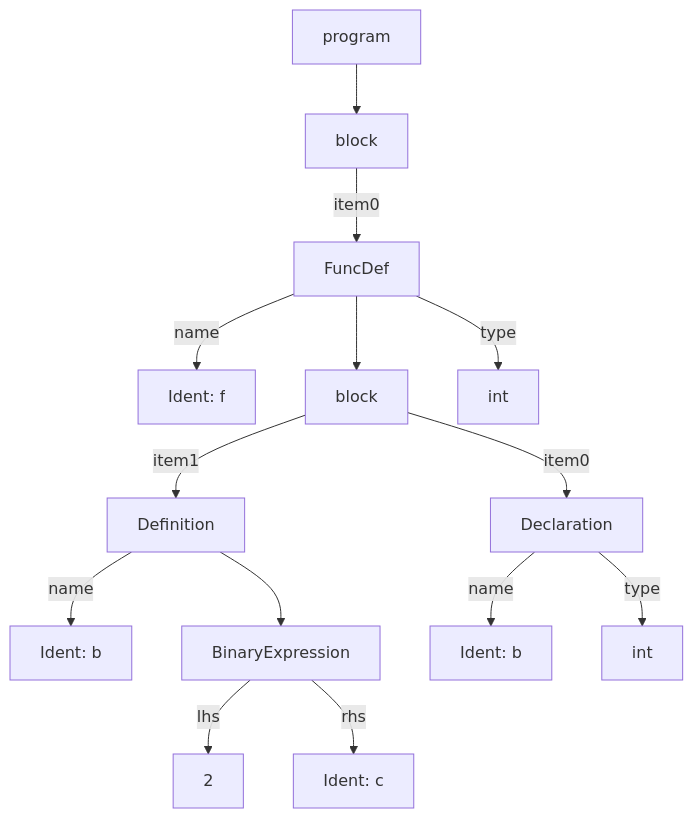
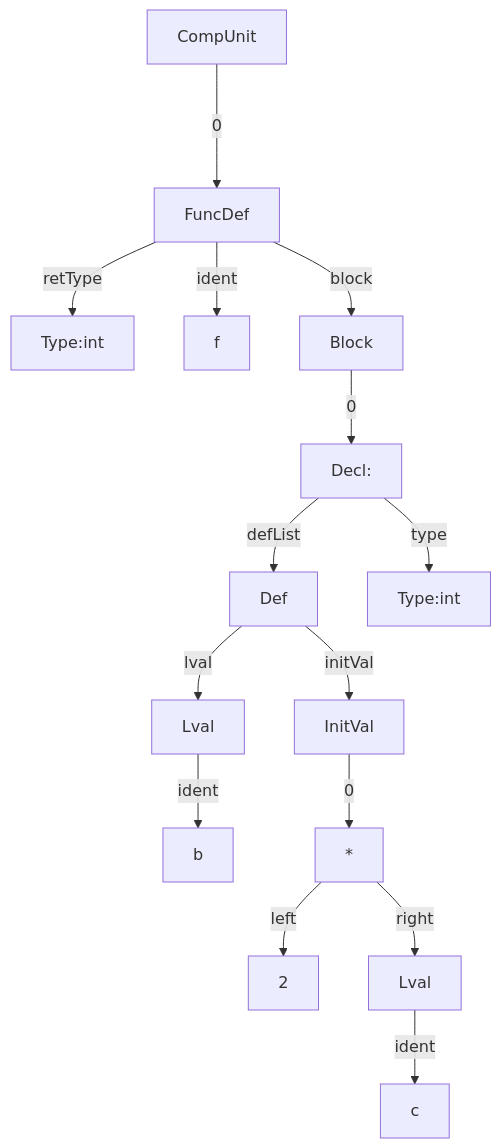
Before and after one commit to nyml2003/sysY: the diagram in tests/5/out.md, drawn with Mermaid. The commit also changed other lines of this file and 55 other files, not shown here.

````diff
--- a/tests/5/out.md
+++ b/tests/5/out.md
@@ -2,28 +1,31 @@
 ```mermaid
 graph TD
-11[program]
-11-->12
-12[block]
-12--item0-->10
-10[FuncDef]
-10--type-->22[int]
-10--name-->1
-1[Ident: f]
-10-->9
-9[block]
-9--item0-->8
-8[Declaration]
-8--type-->20[int]
-8--name-->7
-7[Ident: b]
-9--item1-->6
-6[Definition]
-6--name-->2
-2[Ident: b]
-6-->5
-5[BinaryExpression]
-5--lhs-->3
-5--rhs-->4
-3[2]
-4[Ident: c]
+15[CompUnit]--0--->14
+14[FuncDef]
+14--retType-->0
+0[Type:int]
+14--ident-->1
+1[f]
+14--block-->13
+13[Block]
+13--0-->11
+11[Decl:]
+11--type-->12
+12[Type:int]
+11--defList-->10
+10[Def]
+10--lval-->4
+4[Lval]
+4--ident-->3
+3[b]
+10--initVal-->9
+9[InitVal]
+9--0-->8
+8["*"]
+8--left-->5
+5[2]
+8--right-->7
+7[Lval]
+7--ident-->6
+6[c]
 ```
````
